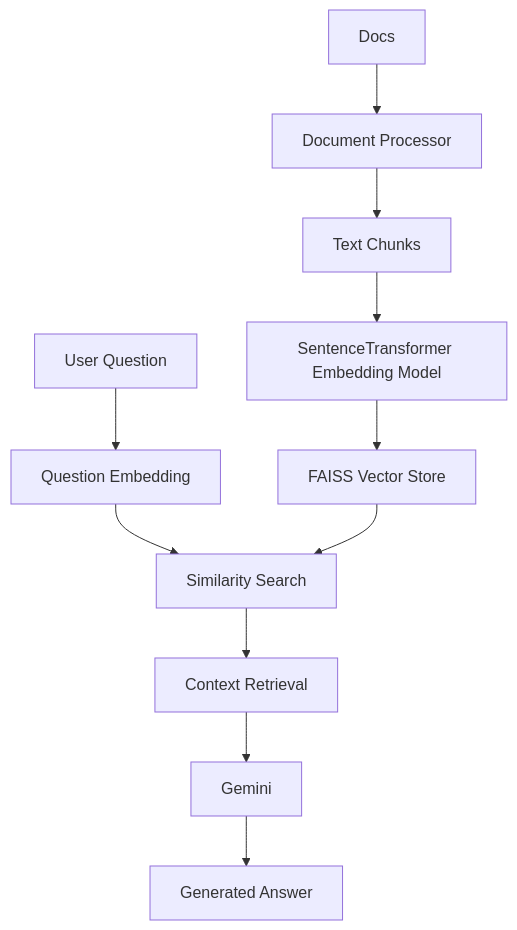
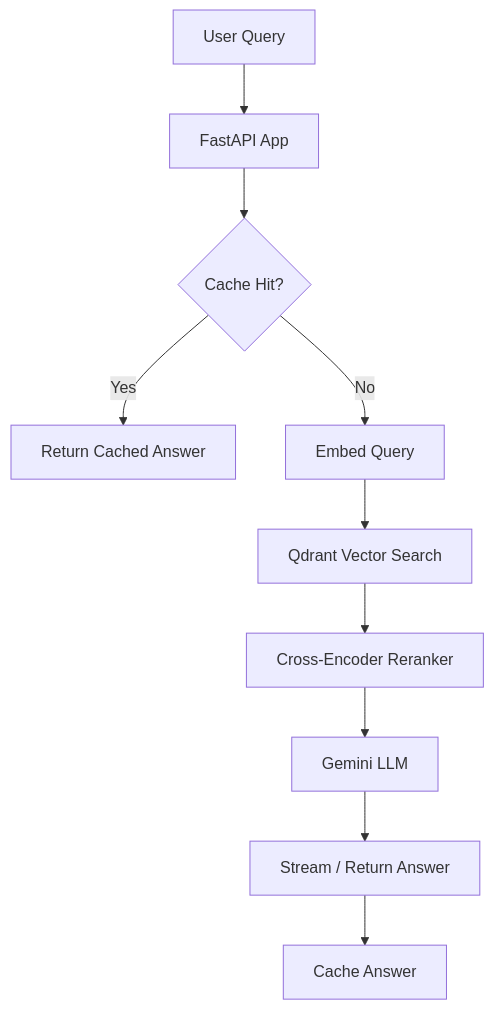
The diagram in README.md (Raviikumar001/rag-python-gita), drawn with Mermaid before and after one commit. The commit also changed other lines of this file and 33 other files, not shown here.

Commit message:
feat: major refactor to fast api and Qdrant

````diff
--- a/README.md
+++ b/README.md
@@ -7,15 +7,12 @@
 ```mermaid
 graph TD
-    A[Docs] --> B[Document Processor]
-    B --> C[Text Chunks]
-    C --> D[SentenceTransformer Embedding Model]
-    D --> E[FAISS Vector Store]
-
-    F[User Question] --> G[Question Embedding]
-    G --> H[Similarity Search]
-    E --> H
-    H --> I[Context Retrieval]
-    I --> J[Gemini]
-    J --> K[Generated Answer]
-
+    A[User Query] --> B[FastAPI App]
+    B --> C{Cache Hit?}
+    C -->|Yes| D[Return Cached Answer]
+    C -->|No| E[Embed Query]
+    E --> F[Qdrant Vector Search]
+    F --> G[Cross-Encoder Reranker]
+    G --> H[Gemini LLM]
+    H --> I[Stream / Return Answer]
+    I --> J[Cache Answer]
 ```
````
